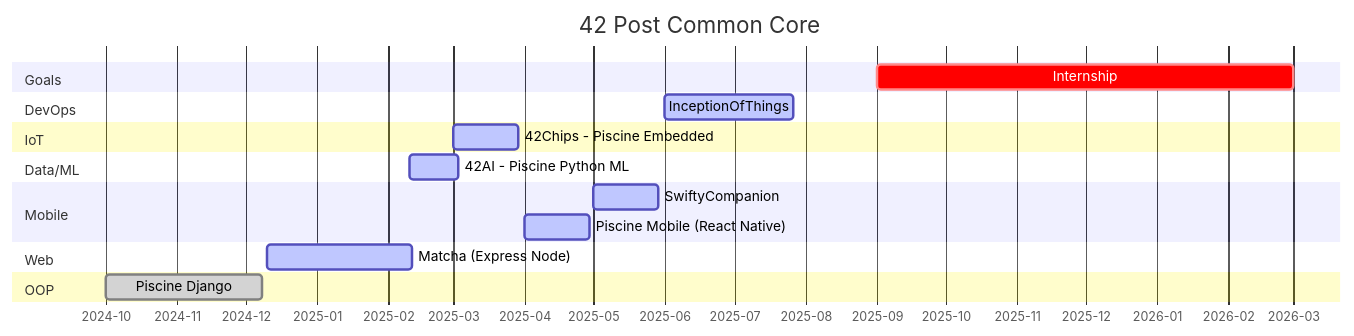
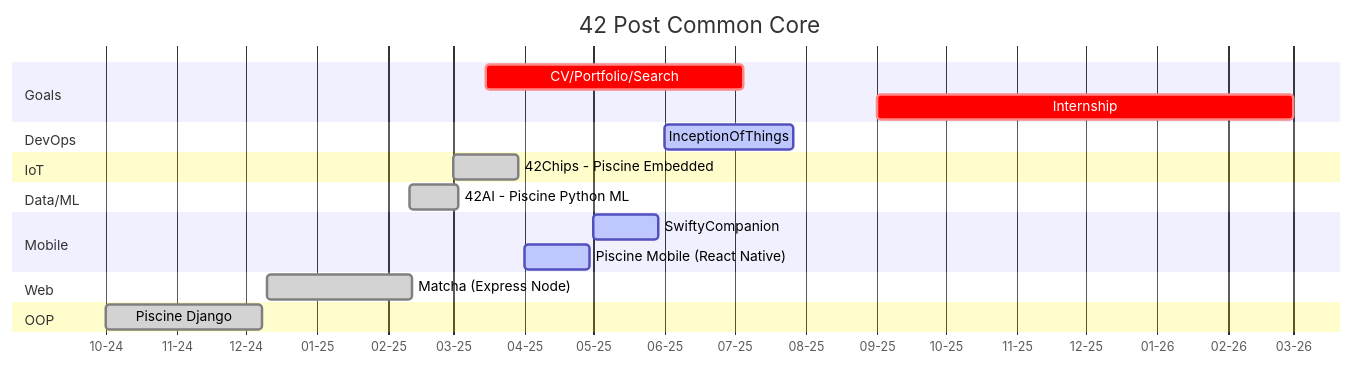
Before and after one commit to Tablerase/42_Projects: the first of 3 diagrams in README.md, drawn with Mermaid. The commit also changed other lines of this file, not shown here.

Commit message:
docs: update work timeline

````diff
--- a/README.md
+++ b/README.md
@@ -114,29 +114,30 @@
 ```mermaid
 gantt
     title 42 Post Common Core
     dateFormat  YYYY-MM-DD
-    axisFormat %Y-%m
+    axisFormat %m-%y
     todayMarker on
 
     section Goals
+    CV/Portfolio/Search : crit, 2025-03-15, 16w
     Internship : crit, 2025-09-01, 2026-03-01
 
     section DevOps
     InceptionOfThings : active, 2025-06-01, 8w
 
     Section IoT
-    42Chips - Piscine Embedded : active, 2025-03-01, 4w
+    42Chips - Piscine Embedded : done, 2025-03-01, 4w
 
     Section Data/ML
-    42AI - Piscine Python ML : active, 2025-02-10, 3w
+    42AI - Piscine Python ML : done, 2025-02-10, 3w
 
     section Mobile
     SwiftyCompanion : active, 2025-05-01, 4w
     Piscine Mobile (React Native) : active, 2025-04-01, 4w
 
     section Web
-    Matcha (Express Node) : active, 2024-12-10, 9w
+    Matcha (Express Node) : done, 2024-12-10, 9w
 
     section OOP
     Piscine Django : done, 2024-10-01, 2024-12-08
 ```
````
